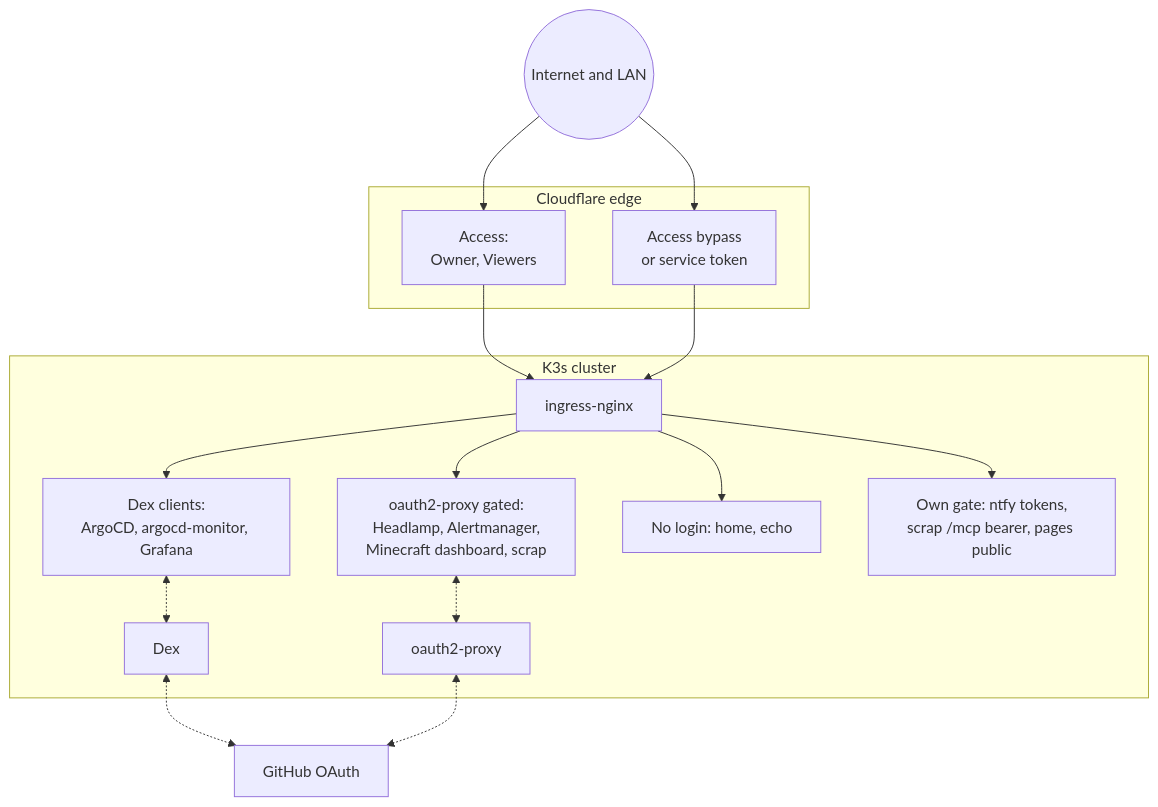
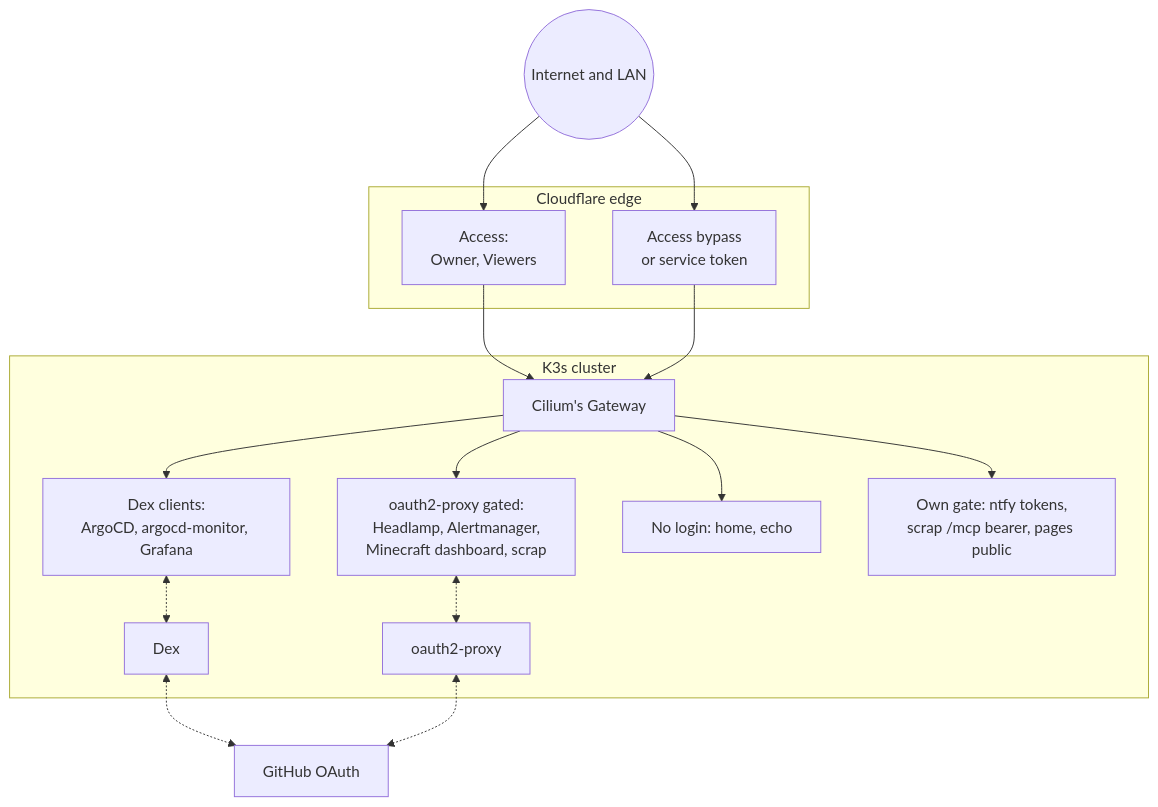
Before and after one commit to gilesknap/tpi-k3s-ansible: the sixth of 6 diagrams in docs/explanations/architecture/authentication.md, drawn with Mermaid. The commit also changed other lines of this file and 19 other files, not shown here.

First line of the commit message:
Point every Cloudflare tunnel route at Cilium's Gateway

````diff
--- a/docs/explanations/architecture/authentication.md
+++ b/docs/explanations/architecture/authentication.md
@@ -273,33 +276,33 @@
 ```mermaid
 flowchart TB
     Internet(("Internet and LAN"))
 
     subgraph Cloudflare["Cloudflare edge"]
         CFA["Access:<br/>Owner, Viewers"]
         BYP["Access bypass<br/>or service token"]
     end
 
     subgraph Cluster["K3s cluster"]
-        NGINX["ingress-nginx"]
+        NGINX["Cilium's Gateway"]
         DexSvc["Dex clients:<br/>ArgoCD, argocd-monitor, Grafana"]
         ProxySvc["oauth2-proxy gated:<br/>Headlamp, Alertmanager,<br/>Minecraft dashboard, scrap"]
         Plain["No login: home, echo"]
         Own["Own gate: ntfy tokens,<br/>scrap /mcp bearer, pages public"]
         DexPod["Dex"]
         OAP["oauth2-proxy"]
     end
 
     GH["GitHub OAuth"]
 
     Internet --> CFA --> NGINX
     Internet --> BYP --> NGINX
     NGINX --> DexSvc
     NGINX --> ProxySvc
     NGINX --> Plain
     NGINX --> Own
 
     DexSvc <-.-> DexPod
     ProxySvc <-.-> OAP
     DexPod <-.-> GH
     OAP <-.-> GH
 ```
````
